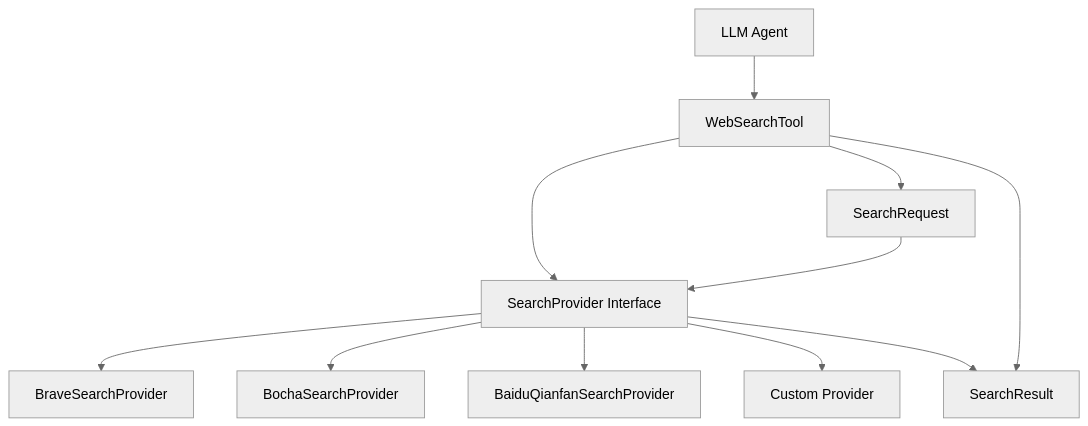
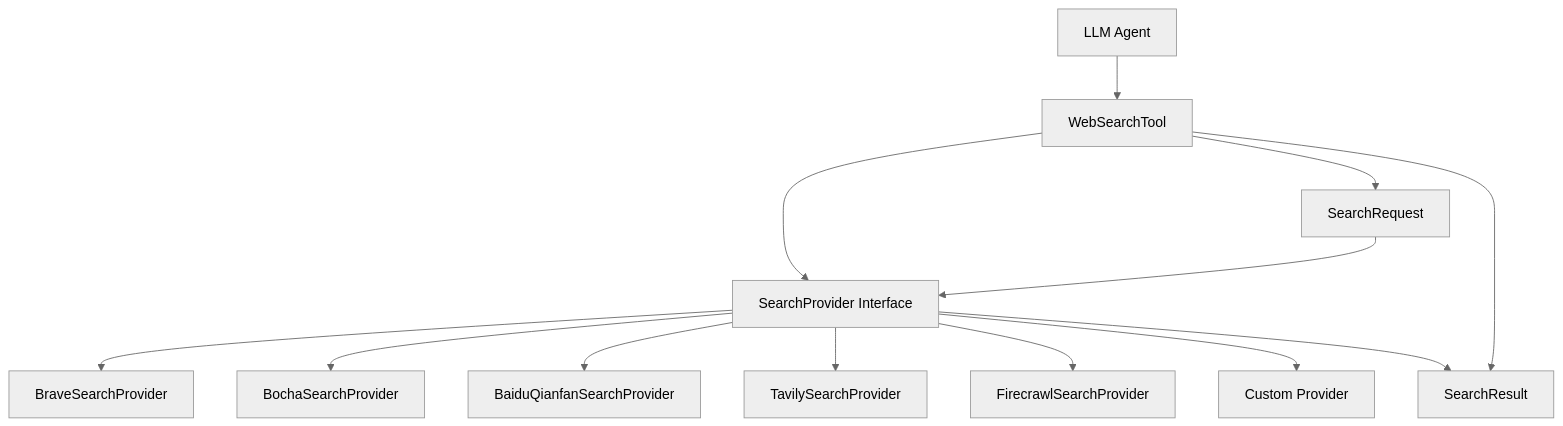
Before and after one commit to agents-flex/agents-flex: the first of 2 diagrams in docs/zh/chat/websearch.md, drawn with Mermaid (neutral theme). The commit also changed other lines of this file and 5 other files, not shown here.

Commit message:
feat(websearch): add Firecrawl Search provider

````diff
--- a/docs/zh/chat/websearch.md
+++ b/docs/zh/chat/websearch.md
@@ -40,15 +40,17 @@
 ```mermaid
 graph TB
     A[LLM Agent] --> B[WebSearchTool]
     B --> C[SearchProvider Interface]
     C --> D[BraveSearchProvider]
     C --> E[BochaSearchProvider]
     C --> F[BaiduQianfanSearchProvider]
-    C --> G[Custom Provider]
+    C --> G[TavilySearchProvider]
+    C --> H[FirecrawlSearchProvider]
+    C --> I[Custom Provider]
 
-    B --> H[SearchRequest]
-    B --> I[SearchResult]
+    B --> J[SearchRequest]
+    B --> K[SearchResult]
 
-    H --> C
-    C --> I
+    J --> C
+    C --> K
 ```
````
